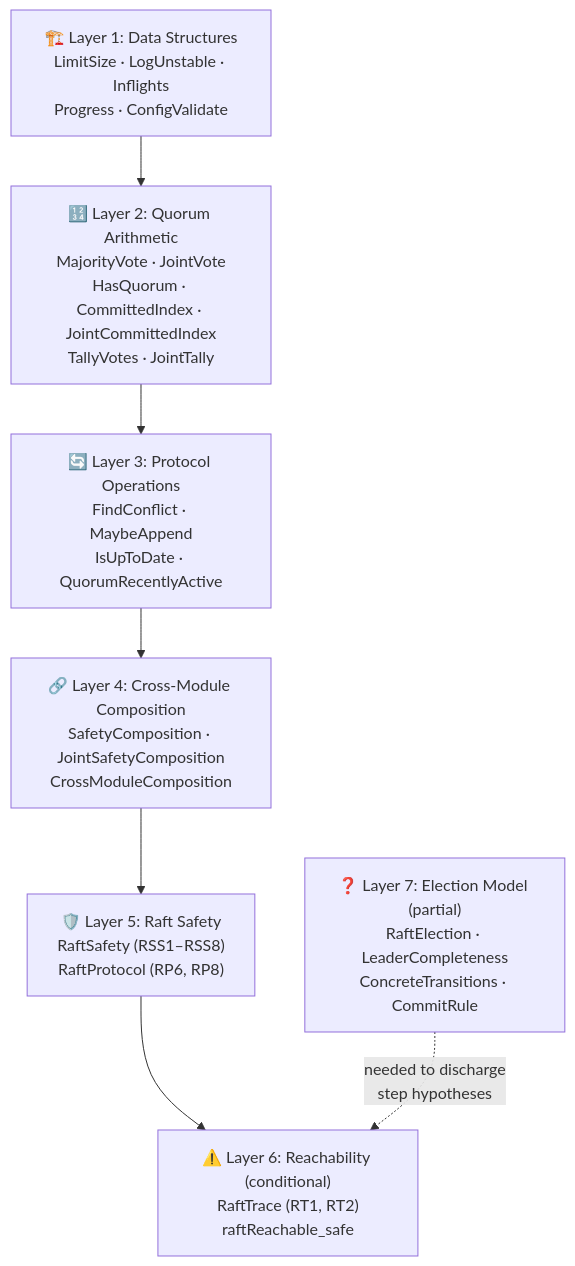
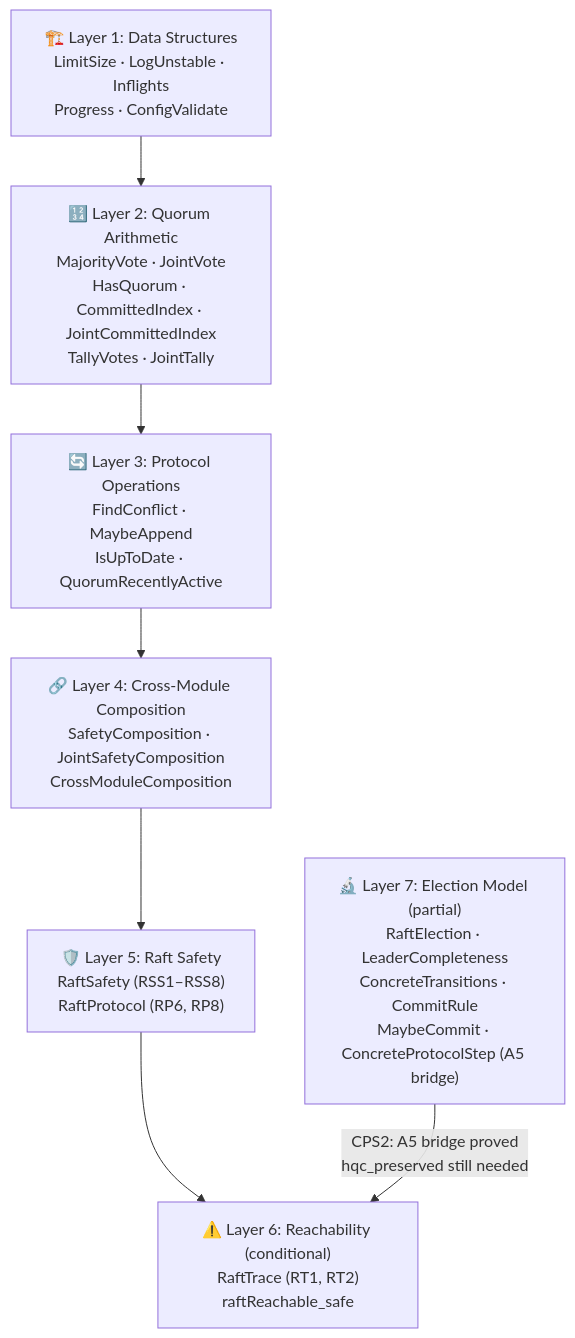
The first of 10 diagrams in formal-verification/REPORT.md (dsyme/fv-squad), drawn with Mermaid before and after one commit. The commit also changed other lines of this file and 1 other file, not shown here.

````diff
--- a/formal-verification/REPORT.md
+++ b/formal-verification/REPORT.md
@@ -70,17 +70,17 @@
 ```mermaid
 graph TD
     A["🏗️ Layer 1: Data Structures<br/>LimitSize · LogUnstable · Inflights<br/>Progress · ConfigValidate"]
     B["🔢 Layer 2: Quorum Arithmetic<br/>MajorityVote · JointVote<br/>HasQuorum · CommittedIndex · JointCommittedIndex<br/>TallyVotes · JointTally"]
     C["🔄 Layer 3: Protocol Operations<br/>FindConflict · MaybeAppend<br/>IsUpToDate · QuorumRecentlyActive"]
     D["🔗 Layer 4: Cross-Module Composition<br/>SafetyComposition · JointSafetyComposition<br/>CrossModuleComposition"]
     E["🛡️ Layer 5: Raft Safety<br/>RaftSafety (RSS1–RSS8)<br/>RaftProtocol (RP6, RP8)"]
     F["⚠️ Layer 6: Reachability (conditional)<br/>RaftTrace (RT1, RT2)<br/>raftReachable_safe"]
-    G["❓ Layer 7: Election Model (partial)<br/>RaftElection · LeaderCompleteness<br/>ConcreteTransitions · CommitRule"]
+    G["🔬 Layer 7: Election Model (partial)<br/>RaftElection · LeaderCompleteness<br/>ConcreteTransitions · CommitRule<br/>MaybeCommit · ConcreteProtocolStep (A5 bridge)"]
 
     A --> B
     B --> C
     C --> D
     D --> E
     E --> F
-    G -.->|"needed to discharge<br/>step hypotheses"| F
+    G -->|"CPS2: A5 bridge proved<br/>hqc_preserved still needed"| F
 ```
````
